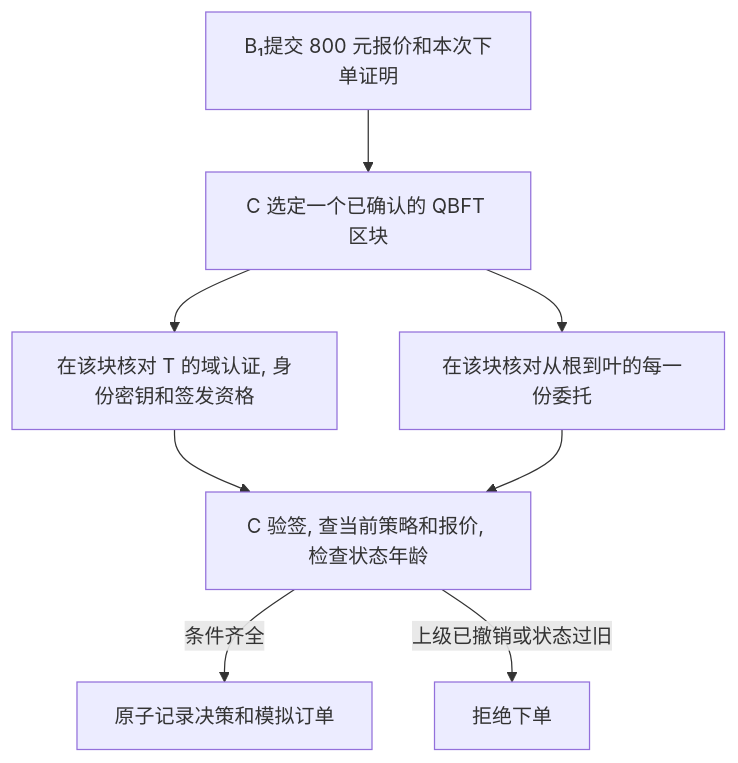
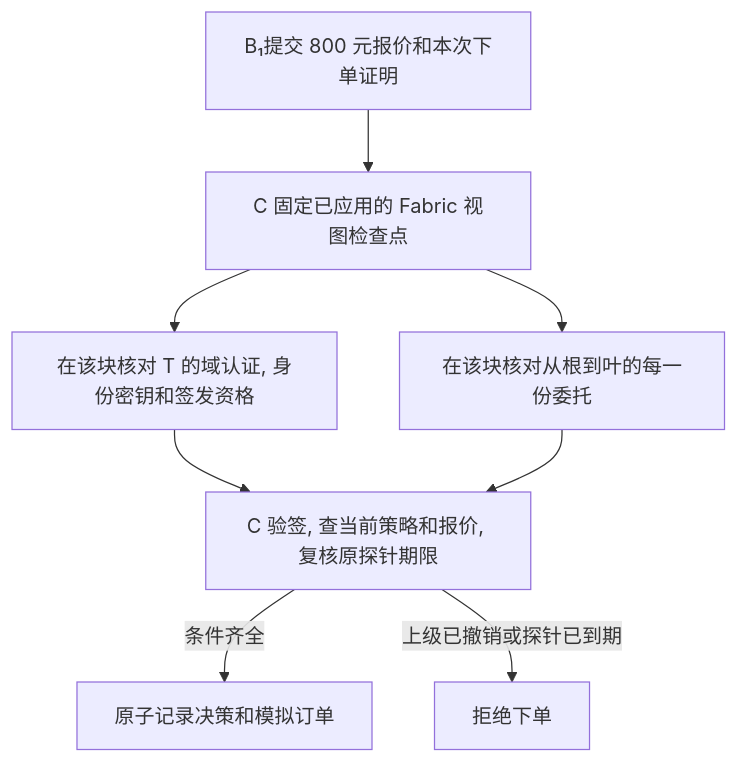
The diagram in README.md (yjydist/graduation-design), drawn with Mermaid before and after one commit. The commit also changed other lines of this file and 2839 other files, not shown here.

````diff
--- a/README.md
+++ b/README.md
@@ -5,10 +5,10 @@
 ```mermaid
 flowchart TB
-    B["B₁提交 800 元报价和本次下单证明"] --> C["C 选定一个已确认的 QBFT 区块"]
+    B["B₁提交 800 元报价和本次下单证明"] --> C["C 固定已应用的 Fabric 视图检查点"]
     C --> I["在该块核对 T 的域认证, 身份密钥和签发资格"]
     C --> G["在该块核对从根到叶的每一份委托"]
-    I --> P["C 验签, 查当前策略和报价, 检查状态年龄"]
+    I --> P["C 验签, 查当前策略和报价, 复核原探针期限"]
     G --> P
     P -->|"条件齐全"| O["原子记录决策和模拟订单"]
-    P -->|"上级已撤销或状态过旧"| D["拒绝下单"]
+    P -->|"上级已撤销或探针已到期"| D["拒绝下单"]
 ```
````
